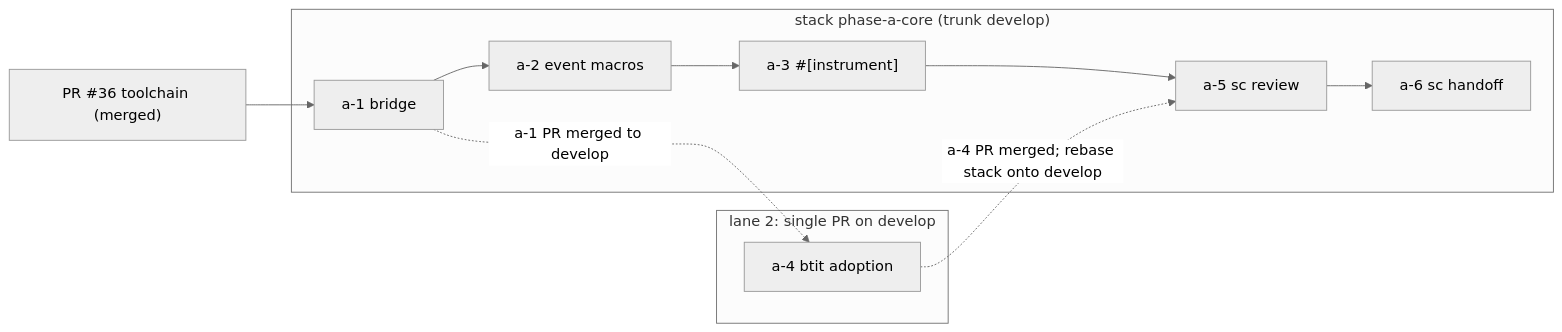
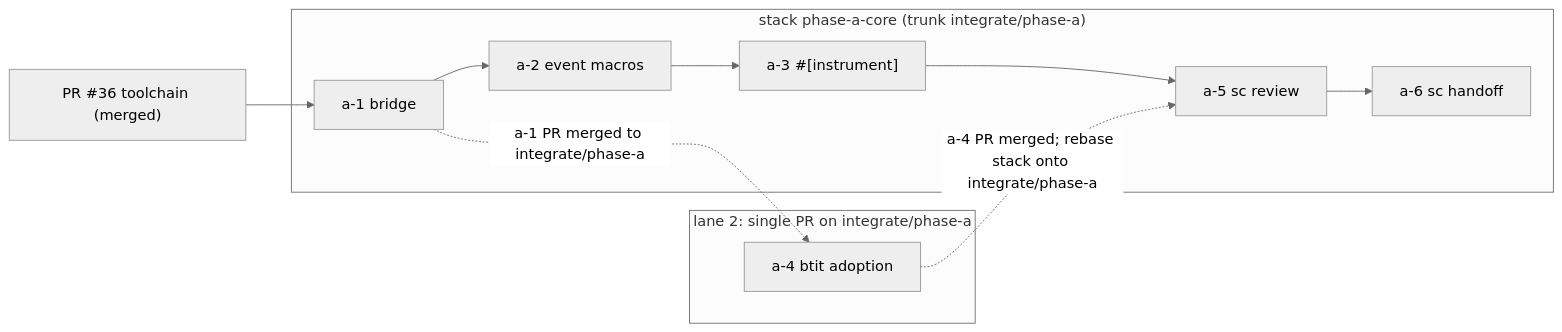
Before and after one commit to randlee/beads-task-issue-tracker: the diagram in docs/plans/phase-a/plan-phase-a.md, drawn with Mermaid (neutral theme). The commit also changed other lines of this file and 6 other files, not shown here.

First line of the commit message:
docs(plans): phase-a integrates via integrate/phase-a instead of develop

````diff
--- a/docs/plans/phase-a/plan-phase-a.md
+++ b/docs/plans/phase-a/plan-phase-a.md
@@ -119,12 +119,12 @@
 ```mermaid
 flowchart LR
   P36["PR #36 toolchain (merged)"] --> A1
-  subgraph core["stack phase-a-core (trunk develop)"]
+  subgraph core["stack phase-a-core (trunk integrate/phase-a)"]
     A1["a-1 bridge"] --> A2["a-2 event macros"] --> A3["a-3 #[instrument]"] --> A5["a-5 sc review"] --> A6["a-6 sc handoff"]
   end
-  subgraph adoption["lane 2: single PR on develop"]
+  subgraph adoption["lane 2: single PR on integrate/phase-a"]
     A4["a-4 btit adoption"]
   end
-  A1 -. "a-1 PR merged to develop" .-> A4
-  A4 -. "a-4 PR merged; rebase stack onto develop" .-> A5
+  A1 -. "a-1 PR merged to integrate/phase-a" .-> A4
+  A4 -. "a-4 PR merged; rebase stack onto integrate/phase-a" .-> A5
 ```
````
